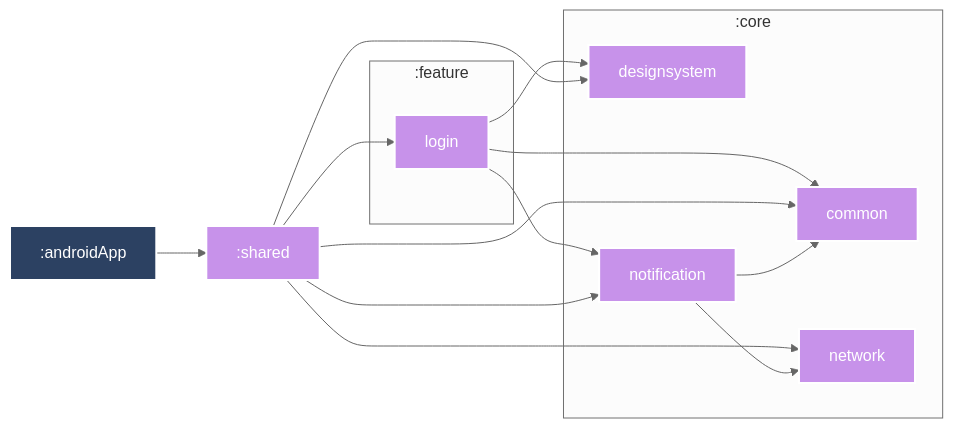
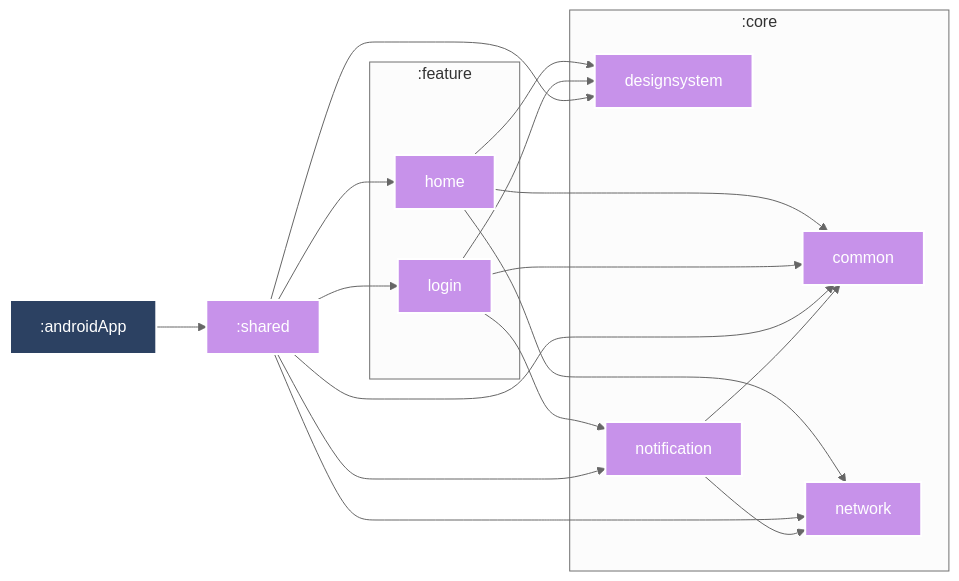
The diagram in README.md (ricarlo-silva/kmp-app-recipes), drawn with Mermaid before and after one commit. The commit also changed other lines of this file, not shown here.

First line of the commit message:
docs: Update module graph in README

````diff
--- a/README.md
+++ b/README.md
@@ -38,40 +38,46 @@
 ```mermaid
 %%{
   init: {
     'theme': 'neutral'
   }
 }%%
 
 graph LR
   subgraph :core
     :core:common["common"]
     :core:designsystem["designsystem"]
+    :core:network["network"]
     :core:notification["notification"]
-    :core:network["network"]
   end
   subgraph :feature
+    :feature:home["home"]
     :feature:login["login"]
   end
+  :feature:home --> :core:common
+  :feature:home --> :core:designsystem
+  :feature:home --> :core:network
   :feature:login --> :core:common
   :feature:login --> :core:designsystem
   :feature:login --> :core:notification
   :shared --> :core:designsystem
   :shared --> :core:network
   :shared --> :core:common
   :shared --> :core:notification
   :shared --> :feature:login
+  :shared --> :feature:home
   :androidApp --> :shared
   :core:notification --> :core:common
   :core:notification --> :core:network
 
 classDef kotlin-multiplatform fill:#C792EA,stroke:#fff,stroke-width:2px,color:#fff;
 classDef android-application fill:#2C4162,stroke:#fff,stroke-width:2px,color:#fff;
-class :feature:login kotlin-multiplatform
+class :feature:home kotlin-multiplatform
 class :core:common kotlin-multiplatform
 class :core:designsystem kotlin-multiplatform
+class :core:network kotlin-multiplatform
+class :feature:login kotlin-multiplatform
 class :core:notification kotlin-multiplatform
 class :shared kotlin-multiplatform
-class :core:network kotlin-multiplatform
 class :androidApp android-application
 
 ```
````
